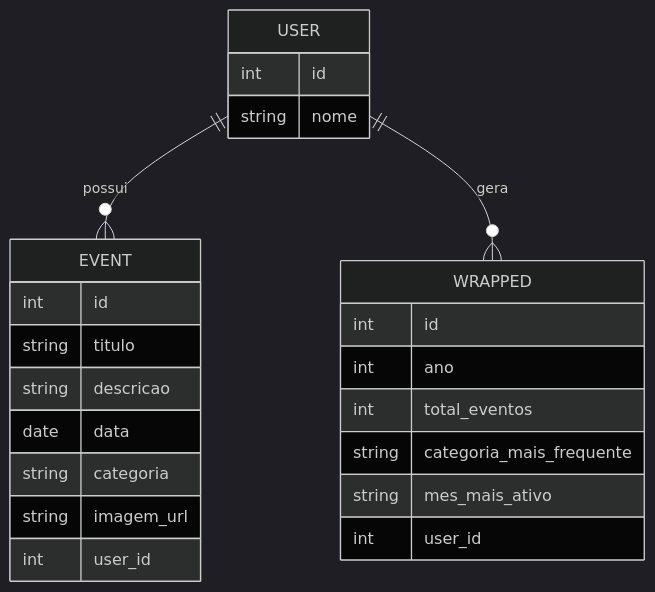
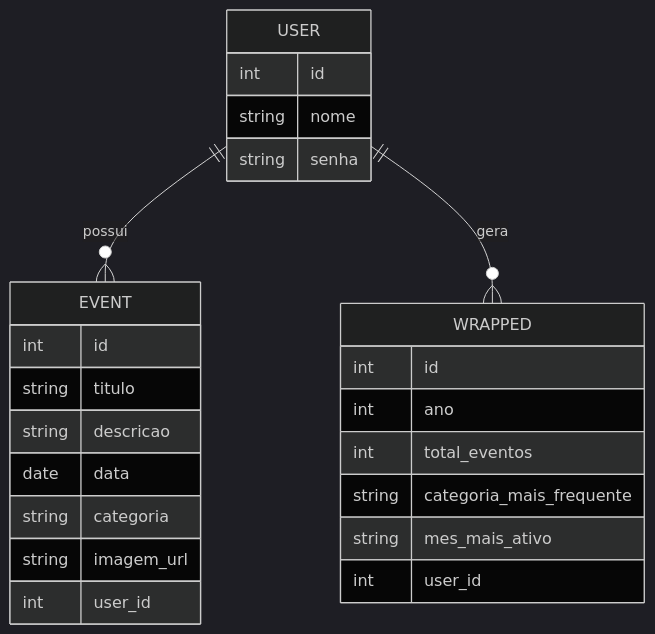
The diagram in docs/spec.md (leonardocpadilha/life-track), drawn with Mermaid (dark theme) before and after one commit. The commit also changed other lines of this file, not shown here.

````diff
--- a/docs/spec.md
+++ b/docs/spec.md
@@ -7,29 +7,30 @@
 ```mermaid
 erDiagram
 USER {
 int id
 string nome
+string senha
 }
 
 EVENT {
 int id
 string titulo
 string descricao
 date data
 string categoria
 string imagem_url
 int user_id
 }
 
 WRAPPED {
 int id
 int ano
 int total_eventos
 string categoria_mais_frequente
 string mes_mais_ativo
 int user_id
 }
 
 USER ||--o{ EVENT : possui
 USER ||--o{ WRAPPED : gera
 ```
````
